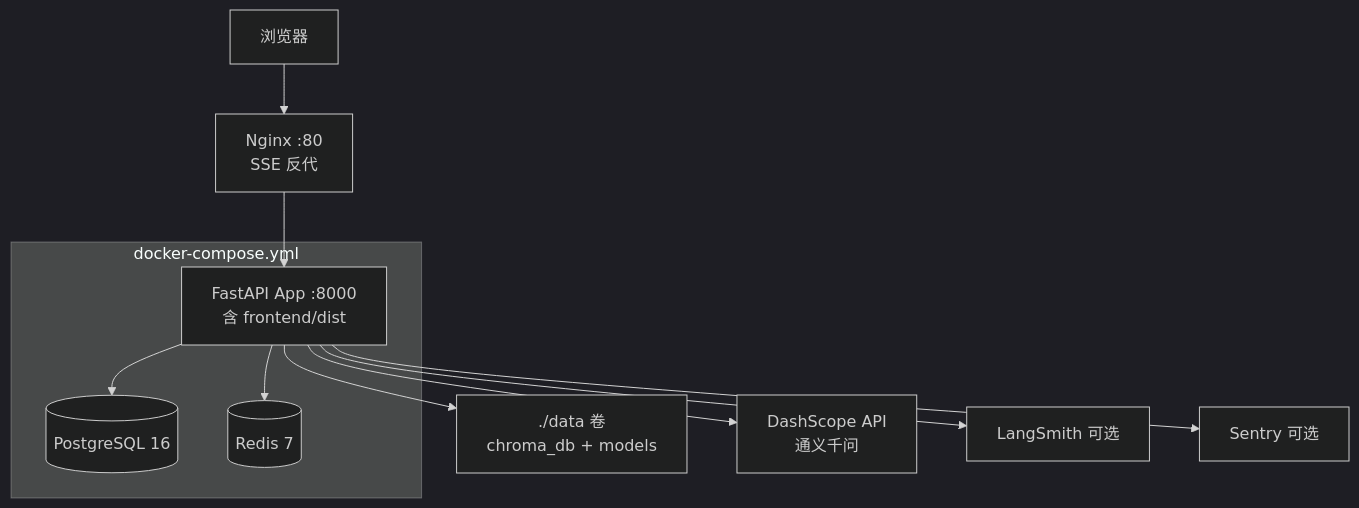
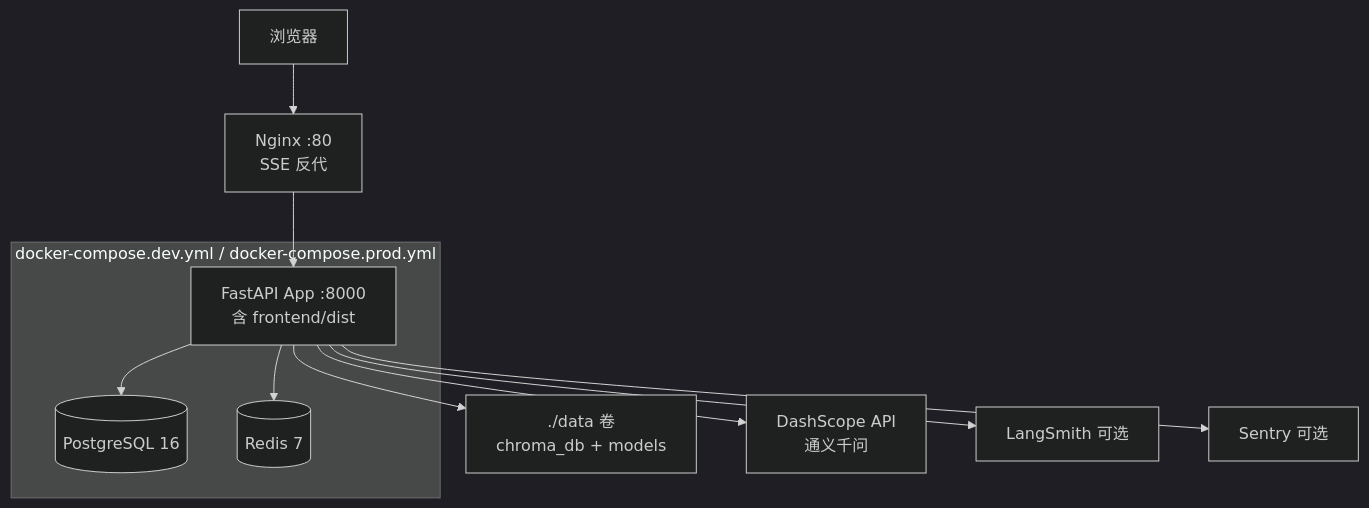
The seventh of 7 diagrams in docs/architecture.md (xiaduobao/poetryAgent), drawn with Mermaid (dark theme) before and after one commit. The commit also changed 12 other files, not shown here.

````diff
--- a/docs/architecture.md
+++ b/docs/architecture.md
@@ -275,18 +275,18 @@
 ```mermaid
 flowchart TB
     User[浏览器] --> Nginx[Nginx :80<br/>SSE 反代]
     Nginx --> App[FastAPI App :8000<br/>含 frontend/dist]
 
-    subgraph DockerCompose["docker-compose.yml"]
+    subgraph DockerCompose["docker-compose.dev.yml / docker-compose.prod.yml"]
         App
         PG[(PostgreSQL 16)]
         Redis[(Redis 7)]
     end
 
     App --> PG
     App --> Redis
     App --> ChromaVol[./data 卷<br/>chroma_db + models]
     App --> DashScope[DashScope API<br/>通义千问]
     App --> LangSmith[LangSmith 可选]
     App --> Sentry[Sentry 可选]
 ```
````
